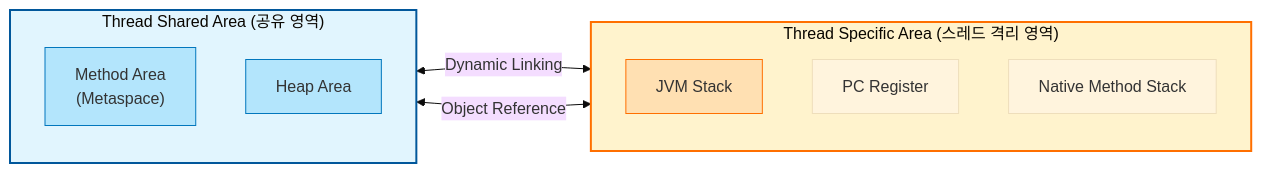
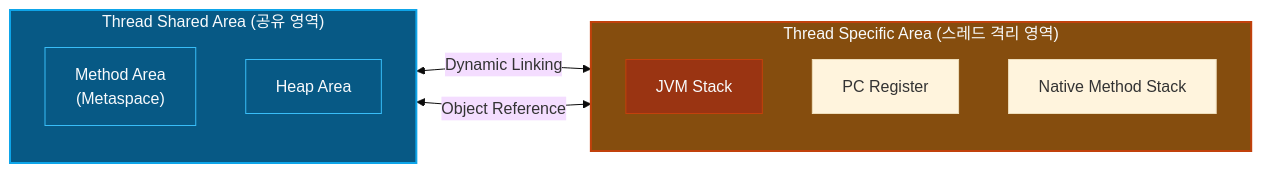
Before and after one commit to Kang-Hyesung/kang-hyesung.github.io: the diagram in _posts/java/07-jvm/2026-01-07-jvm-런타임-데이터-영역과-메소드-영역(method-area).md, drawn with Mermaid (base theme). The commit also changed 74 other files, not shown here.

Commit message:
docs: update post visibility and mermaid colors

````diff
--- a/_posts/java/07-jvm/2026-01-07-jvm-런타임-데이터-영역과-메소드-영역(method-area).md
+++ b/_posts/java/07-jvm/2026-01-07-jvm-런타임-데이터-영역과-메소드-영역(method-area).md
@@ -16,26 +16,26 @@
 ```mermaid
 graph LR
     subgraph Shared["Thread Shared Area (공유 영역)"]
         direction TB
         MA["Method Area<br/>(Metaspace)"]
         Heap["Heap Area"]
     end
 
     subgraph Thread["Thread Specific Area (스레드 격리 영역)"]
         direction TB
         stack["JVM Stack"]
         pc["PC Register"]
         native["Native Method Stack"]
     end
 
     %% 연결을 Subgraph가 아닌 특정 노드(Stack)로 지정하여 선 겹침 방지
     MA <-->|Dynamic Linking| stack
     Heap <-->|Object Reference| stack
 
     %% 스타일 정의
-    style Shared fill:#e1f5fe,stroke:#01579b,stroke-width:2px
-    style Thread fill:#fff3cd,stroke:#ff6f00,stroke-width:2px
-    style MA fill:#b3e5fc,stroke:#0277bd
-    style Heap fill:#b3e5fc,stroke:#0277bd
-    style stack fill:#ffe0b2,stroke:#ff6f00
+    style Shared fill:#075985,stroke:#0ea5e9,stroke-width:2px,color:#f8fafc
+    style Thread fill:#854d0e,stroke:#c2410c,stroke-width:2px,color:#f8fafc
+    style MA fill:#075985,stroke:#38bdf8,color:#f8fafc
+    style Heap fill:#075985,stroke:#38bdf8,color:#f8fafc
+    style stack fill:#9a3412,stroke:#c2410c,color:#f8fafc
 ```
````
